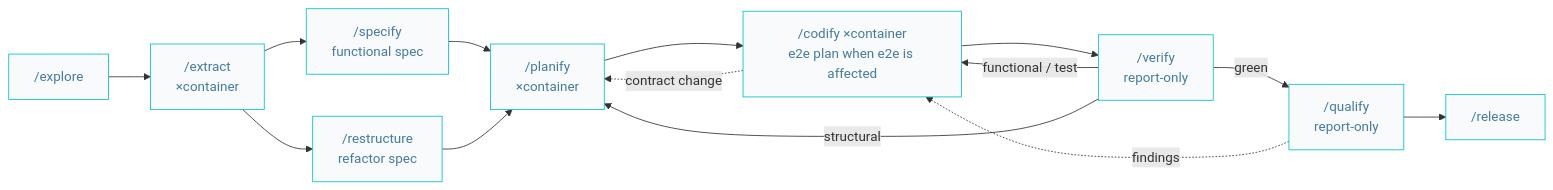
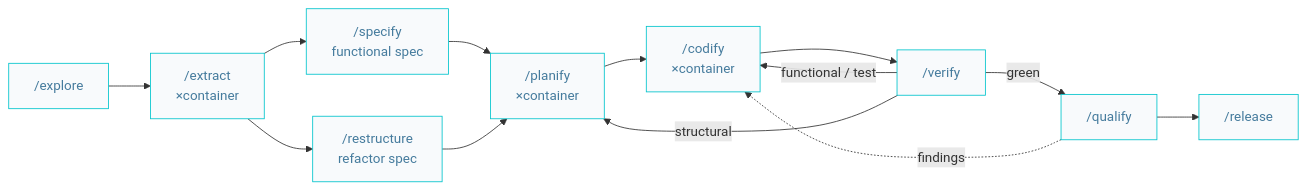
One commit to AIDDbot/AIDDbot changed the second of 5 diagrams in docs/AIDD.workflow.md. Above: the diagram before and after it, drawn with Mermaid. The commit also changed other lines of this file and 1 other file, not shown here.

````diff
--- a/docs/AIDD.workflow.md
+++ b/docs/AIDD.workflow.md
@@ -63,19 +42,18 @@
 ```mermaid
 flowchart LR
   classDef nd fill:#f8fafc,stroke:#00c4cc,color:#457b9d
 
   EXP["/explore"]:::nd --> EXT["/extract<br/>×container"]:::nd
   EXT --> SPC["/specify<br/>functional spec"]:::nd
   EXT --> REF["/restructure<br/>refactor spec"]:::nd
   SPC --> PLN["/planify<br/>×container"]:::nd
   REF --> PLN
-  PLN --> COD["/codify ×container<br/>e2e plan when e2e is affected"]:::nd
-  COD --> VER["/verify<br/>report-only"]:::nd
-  VER -->|green| REV["/qualify<br/>report-only"]:::nd
-  REV --> REL["/release"]:::nd
+  PLN --> COD["/codify<br/>×container"]:::nd
+  COD --> VER["/verify"]:::nd
+  VER -->|green| QLF["/qualify"]:::nd
+  QLF --> REL["/release"]:::nd
 
   VER -->|functional / test| COD
   VER -->|structural| PLN
-  REV -.findings.-> COD
-  COD -.contract change.-> PLN
+  QLF -.findings.-> COD
 ```
````
